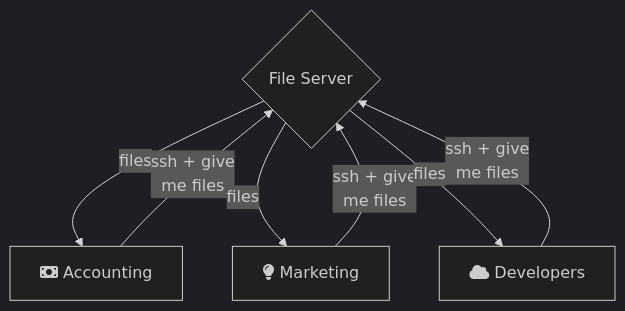
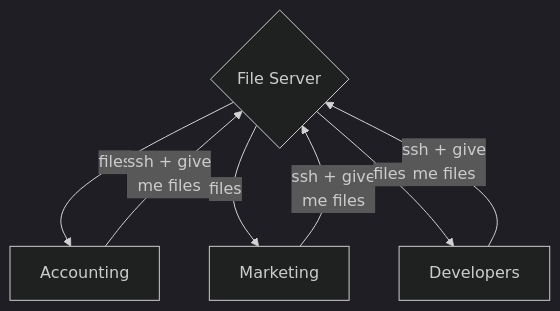
The fourth of 4 diagrams in README.md (laikas123/FileAccessMonitor), drawn with Mermaid (dark theme) before and after one commit. The commit also changed other lines of this file and 2 other files, not shown here.

````diff
--- a/README.md
+++ b/README.md
@@ -328,9 +328,9 @@
 ```mermaid
 flowchart TD
-    serv{File Server} -->|files| act[fa:fa-money-bill Accounting]
+    serv{File Server} -->|files| act[Accounting]
     act --> |ssh + give\nme files| serv
     mark --> |ssh + give\nme files| serv
     dev --> |ssh + give\nme files| serv
-    serv -->|files| mark[fa:fa-lightbulb Marketing]
-    serv -->|files| dev[fa:fa-cloud Developers]
+    serv -->|files| mark[Marketing]
+    serv -->|files| dev[Developers]
 ```
````
